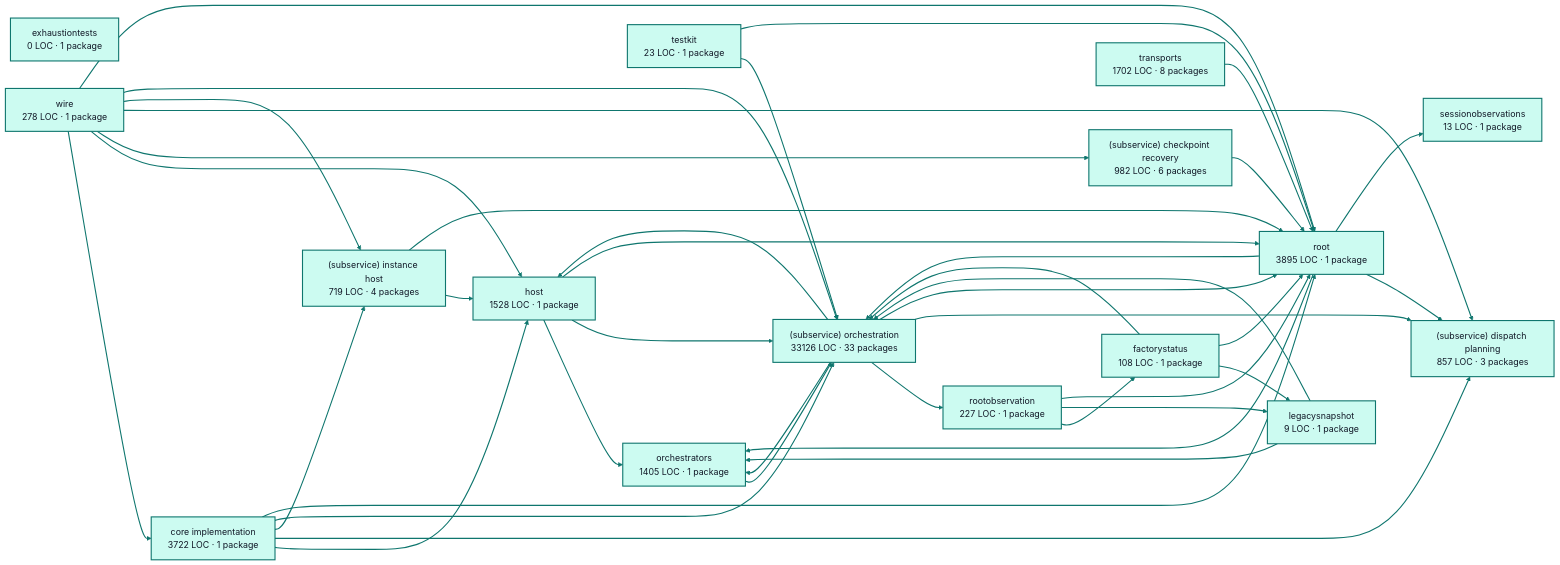
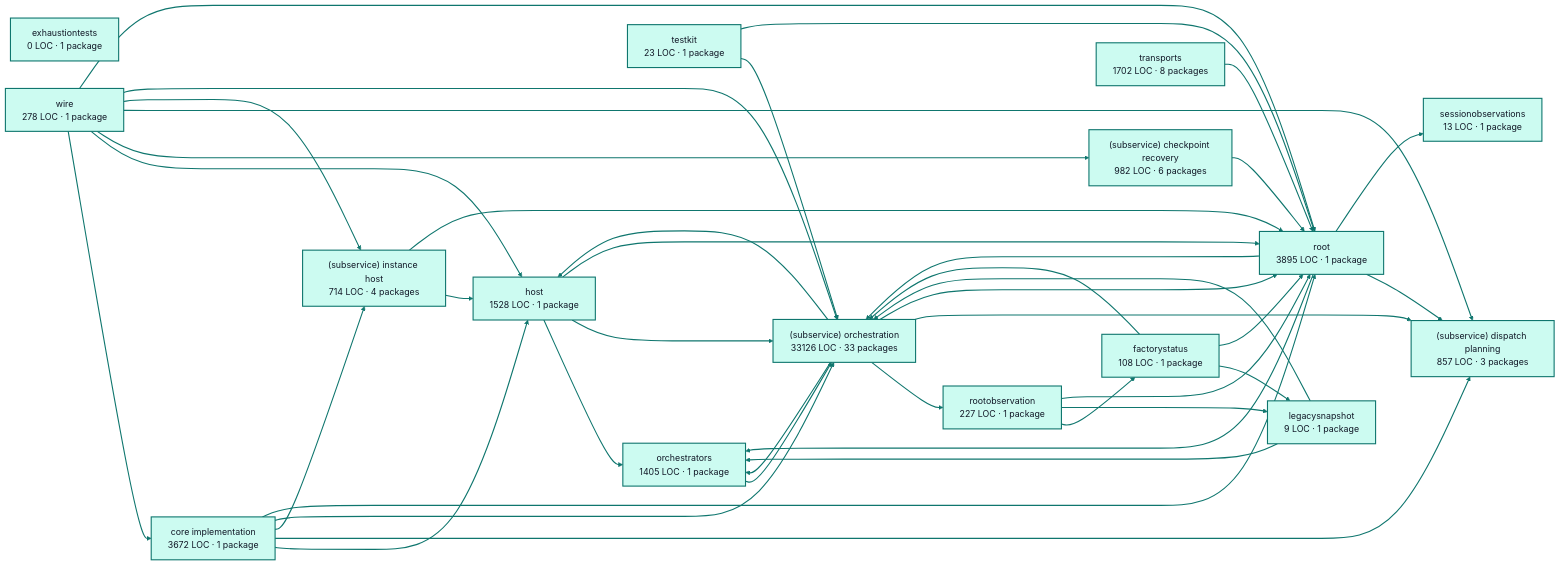
One commit to portpowered/you-agent-factory changed the diagram in docs/architecture/visualizations/services/factory_runtime.md. Above: the diagram before and after it, drawn with Mermaid. The commit also changed other lines of this file and 20 other files, not shown here.

Commit message:
docs: refresh backend architecture visualizations

````diff
--- a/docs/architecture/visualizations/services/factory_runtime.md
+++ b/docs/architecture/visualizations/services/factory_runtime.md
@@ -11,75 +11,75 @@
 ```mermaid
 flowchart LR
-  p0["core implementation<br/>3722 LOC · 1 package"]
+  p0["core implementation<br/>3672 LOC · 1 package"]
   p1["exhaustiontests<br/>0 LOC · 1 package"]
   p2["factorystatus<br/>108 LOC · 1 package"]
   p3["host<br/>1528 LOC · 1 package"]
   p4["legacysnapshot<br/>9 LOC · 1 package"]
   p5["orchestrators<br/>1405 LOC · 1 package"]
   p6["rootobservation<br/>227 LOC · 1 package"]
   p7["(subservice) checkpoint recovery<br/>982 LOC · 6 packages"]
   p8["(subservice) dispatch planning<br/>857 LOC · 3 packages"]
-  p9["(subservice) instance host<br/>719 LOC · 4 packages"]
+  p9["(subservice) instance host<br/>714 LOC · 4 packages"]
   p10["(subservice) orchestration<br/>33126 LOC · 33 packages"]
   p11["sessionobservations<br/>13 LOC · 1 package"]
   p12["testkit<br/>23 LOC · 1 package"]
   p13["root<br/>3895 LOC · 1 package"]
   p14["transports<br/>1702 LOC · 8 packages"]
   p15["wire<br/>278 LOC · 1 package"]
   p0 --> p3
   p0 --> p8
   p0 --> p9
   p0 --> p10
   p0 --> p13
   p2 --> p4
   p2 --> p10
   p2 --> p13
   p3 --> p5
   p3 --> p10
   p3 --> p13
   p4 --> p5
   p4 --> p10
   p5 --> p10
   p6 --> p2
   p6 --> p4
   p6 --> p13
   p7 --> p13
   p9 --> p3
   p9 --> p13
   p10 --> p3
   p10 --> p5
   p10 --> p6
   p10 --> p8
   p10 --> p13
   p12 --> p10
   p12 --> p13
   p13 --> p5
   p13 --> p8
   p13 --> p10
   p13 --> p11
   p14 --> p13
   p15 --> p0
   p15 --> p3
   p15 --> p7
   p15 --> p8
   p15 --> p9
   p15 --> p10
   p15 --> p13
   style p0 fill:#ccfbf1,stroke:#0f766e,stroke-width:2px,color:#111827
   style p1 fill:#ccfbf1,stroke:#0f766e,stroke-width:2px,color:#111827
   style p2 fill:#ccfbf1,stroke:#0f766e,stroke-width:2px,color:#111827
   style p3 fill:#ccfbf1,stroke:#0f766e,stroke-width:2px,color:#111827
   style p4 fill:#ccfbf1,stroke:#0f766e,stroke-width:2px,color:#111827
   style p5 fill:#ccfbf1,stroke:#0f766e,stroke-width:2px,color:#111827
   style p6 fill:#ccfbf1,stroke:#0f766e,stroke-width:2px,color:#111827
   style p7 fill:#ccfbf1,stroke:#0f766e,stroke-width:2px,color:#111827
   style p8 fill:#ccfbf1,stroke:#0f766e,stroke-width:2px,color:#111827
   style p9 fill:#ccfbf1,stroke:#0f766e,stroke-width:2px,color:#111827
   style p10 fill:#ccfbf1,stroke:#0f766e,stroke-width:2px,color:#111827
   style p11 fill:#ccfbf1,stroke:#0f766e,stroke-width:2px,color:#111827
   style p12 fill:#ccfbf1,stroke:#0f766e,stroke-width:2px,color:#111827
   style p13 fill:#ccfbf1,stroke:#0f766e,stroke-width:2px,color:#111827
   style p14 fill:#ccfbf1,stroke:#0f766e,stroke-width:2px,color:#111827
   style p15 fill:#ccfbf1,stroke:#0f766e,stroke-width:2px,color:#111827
   linkStyle default stroke:#0f766e,stroke-width:2px
 ```
````
